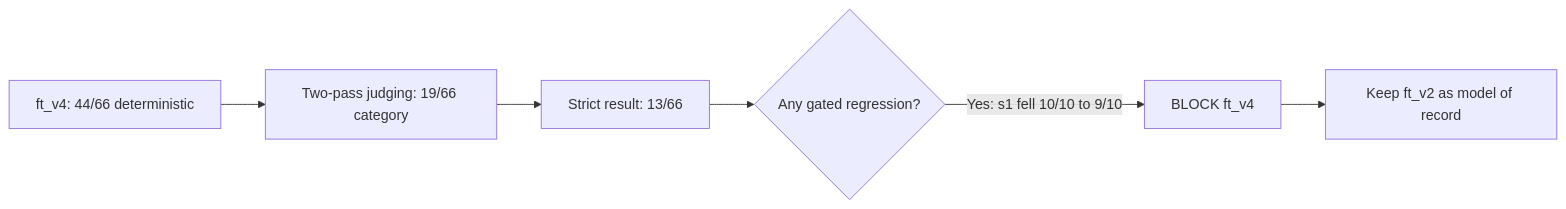
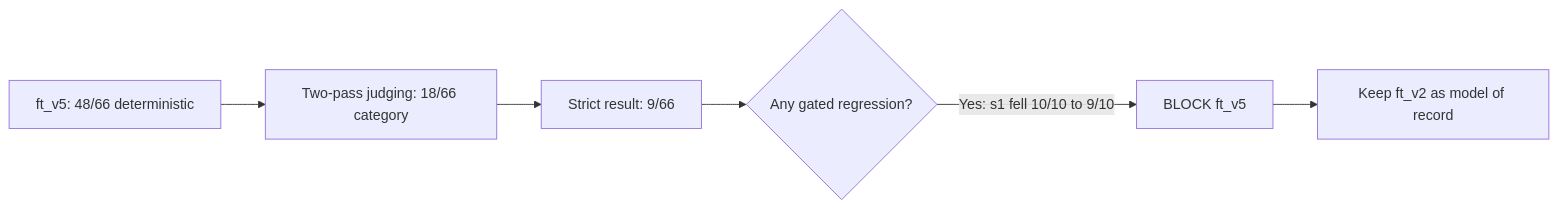
One commit to adidshaft/signalfit-slm changed the diagram in README.md. Above: the diagram before and after it, drawn with Mermaid. The commit also changed other lines of this file and 7 other files, not shown here.

````diff
--- a/README.md
+++ b/README.md
@@ -80,8 +82,8 @@
 ```mermaid
 flowchart LR
-    A["ft_v4: 44/66 deterministic"] --> B["Two-pass judging: 19/66 category"]
-    B --> C["Strict result: 13/66"]
+    A["ft_v5: 48/66 deterministic"] --> B["Two-pass judging: 18/66 category"]
+    B --> C["Strict result: 9/66"]
     C --> D{"Any gated regression?"}
-    D -->|"Yes: s1 fell 10/10 to 9/10"| E["BLOCK ft_v4"]
+    D -->|"Yes: s1 fell 10/10 to 9/10"| E["BLOCK ft_v5"]
     E --> F["Keep ft_v2 as model of record"]
 ```
````
